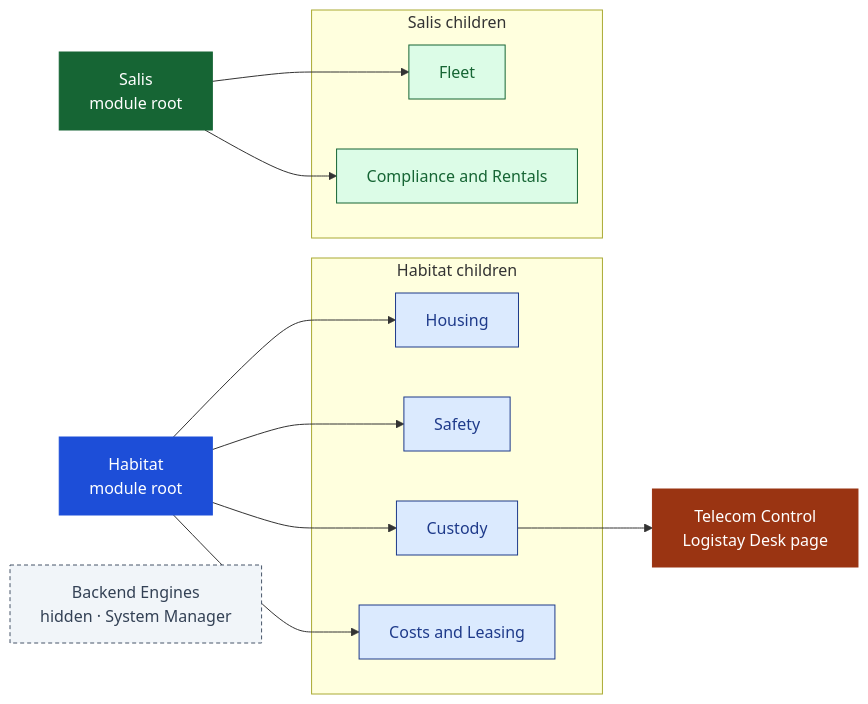
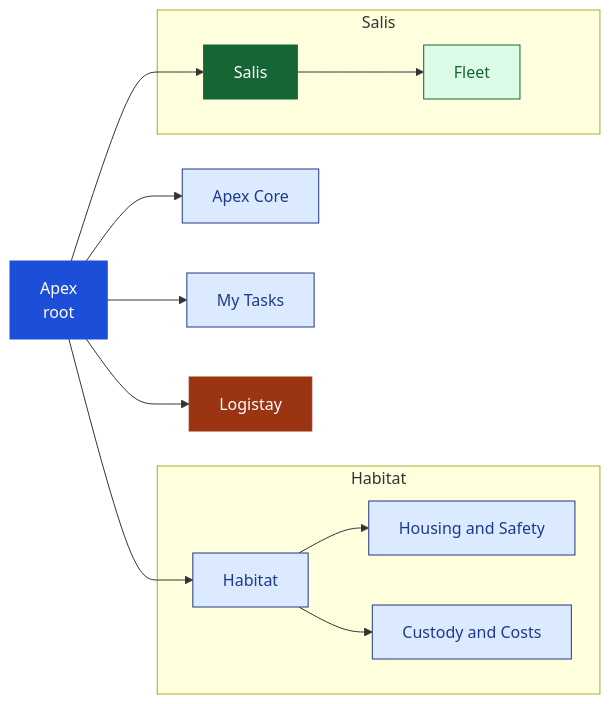
The fourth of 5 diagrams in README.md (iabodysa/apex), drawn with Mermaid before and after one commit. The commit also changed other lines of this file and 744 other files, not shown here.

````diff
--- a/README.md
+++ b/README.md
@@ -170,37 +170,35 @@
 ```mermaid
 graph LR
-    HAB["Habitat<br/>module root"]:::hub_ws
-    SALIS["Salis<br/>module root"]:::sal_ws
-    BE["Backend Engines<br/>hidden · System Manager"]:::restricted
+    APEX["Apex<br/>root"]:::hub_ws
 
-    subgraph HAB_NAV ["Habitat children"]
-        HOUSING["Housing"]:::ws
-        SAFETY["Safety"]:::ws
-        CUSTODY["Custody"]:::ws
-        COSTS["Costs and Leasing"]:::ws
+    CORE["Apex Core"]:::ws
+    TASKS["My Tasks"]:::ws
+    LOG["Logistay"]:::log_ws
+
+    subgraph HAB_NAV ["Habitat"]
+        HAB["Habitat"]:::ws
+        HS["Housing and Safety"]:::ws
+        CC["Custody and Costs"]:::ws
     end
 
-    subgraph SAL_NAV ["Salis children"]
+    subgraph SAL_NAV ["Salis"]
+        SALIS["Salis"]:::sal_ws
         FLEET["Fleet"]:::sal_child
-        COMP["Compliance and Rentals"]:::sal_child
     end
 
-    LOG["Telecom Control<br/>Logistay Desk page"]:::log_ws
+    APEX --> CORE
+    APEX --> HAB
+    APEX --> SALIS
+    APEX --> LOG
+    APEX --> TASKS
 
-    HAB --> HOUSING
-    HAB --> SAFETY
-    HAB --> CUSTODY
-    HAB --> COSTS
+    HAB --> HS
+    HAB --> CC
+    SALIS --> FLEET
 
-    SALIS --> FLEET
-    SALIS --> COMP
-
-    CUSTODY --> LOG
-
-    classDef restricted fill:#f1f5f9,stroke:#475569,color:#334155,stroke-dasharray:4 3;
     classDef hub_ws     fill:#1d4ed8,stroke:#1d4ed8,color:#fff;
     classDef ws         fill:#dbeafe,stroke:#1e3a8a,color:#1e3a8a;
     classDef sal_ws     fill:#166534,stroke:#166534,color:#fff;
     classDef sal_child  fill:#dcfce7,stroke:#166534,color:#166534;
     classDef log_ws     fill:#9a3412,stroke:#9a3412,color:#fff;
 ```
````
